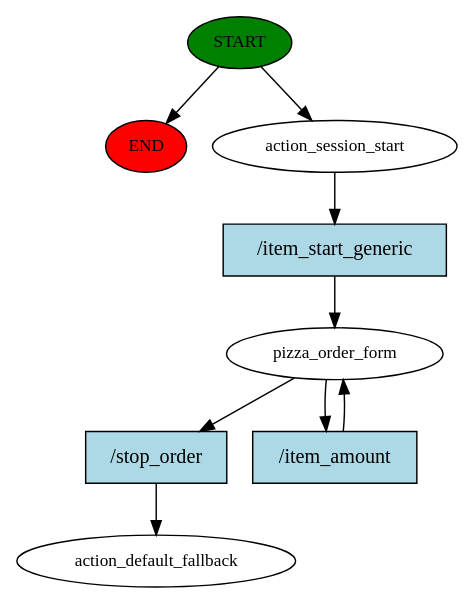
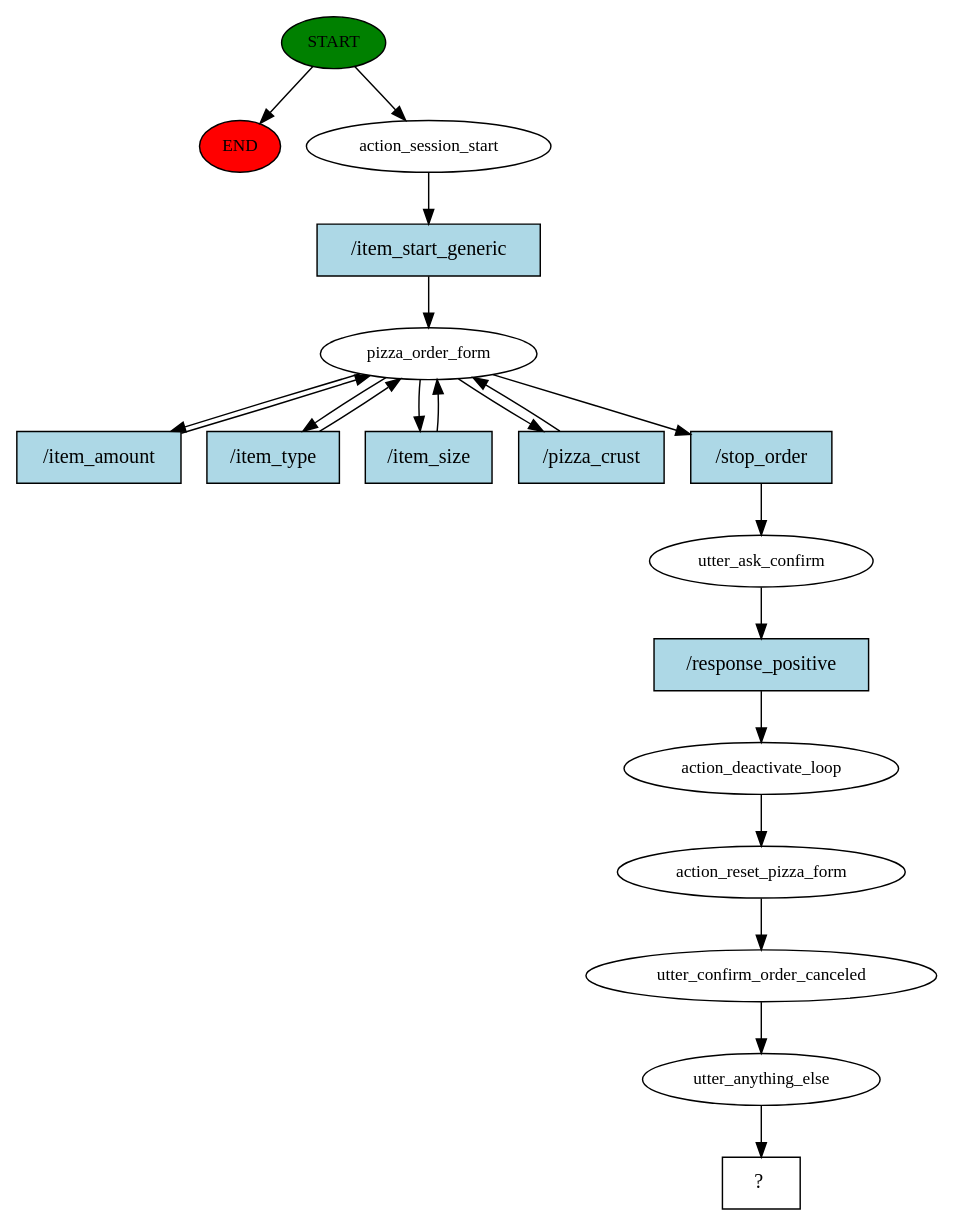
The diagram in story_graph.dot (ericsua/PizzaBot), drawn with Graphviz before and after one commit. The commit also changed 8 other files, not shown here.

Commit message:
fix stop form

```diff
--- a/story_graph.dot
+++ b/story_graph.dot
@@ -1,18 +1,39 @@
 digraph  {
 0 [class="start active", fillcolor=green, fontsize=12, label=START, style=filled];
 "-1" [class=end, fillcolor=red, fontsize=12, label=END, style=filled];
 1 [class=active, fontsize=12, label=action_session_start];
 2 [class=active, fontsize=12, label=pizza_order_form];
-4 [class="dashed active", fontsize=12, label=action_default_fallback];
-5 [class="intent active", fillcolor=lightblue, label="/item_start_generic", shape=rect, style=filled];
-6 [class="intent active", fillcolor=lightblue, label="/stop_order", shape=rect, style=filled];
-7 [class="intent active", fillcolor=lightblue, label="/item_amount", shape=rect, style=filled];
+7 [class=active, fontsize=12, label=utter_ask_confirm];
+8 [class=active, fontsize=12, label=action_deactivate_loop];
+9 [class=active, fontsize=12, label=action_reset_pizza_form];
+10 [class=active, fontsize=12, label=utter_confirm_order_canceled];
+11 [class=active, fontsize=12, label=utter_anything_else];
+12 [class="intent dashed active", label="  ?  ", shape=rect];
+13 [class="intent active", fillcolor=lightblue, label="/item_start_generic", shape=rect, style=filled];
+14 [class="intent active", fillcolor=lightblue, label="/item_amount", shape=rect, style=filled];
+15 [class="intent active", fillcolor=lightblue, label="/item_type", shape=rect, style=filled];
+16 [class="intent active", fillcolor=lightblue, label="/item_size", shape=rect, style=filled];
+17 [class="intent active", fillcolor=lightblue, label="/pizza_crust", shape=rect, style=filled];
+18 [class="intent active", fillcolor=lightblue, label="/stop_order", shape=rect, style=filled];
+19 [class="intent active", fillcolor=lightblue, label="/response_positive", shape=rect, style=filled];
 0 -> "-1"  [class="", key=NONE, label=""];
 0 -> 1  [class=active, key=NONE, label=""];
-1 -> 5  [class=active, key=0];
-2 -> 6  [class=active, key=0];
-2 -> 7  [class=active, key=0];
-5 -> 2  [class=active, key=0];
-6 -> 4  [class=active, key=0];
-7 -> 2  [class=active, key=0];
+1 -> 13  [class=active, key=0];
+2 -> 14  [class=active, key=0];
+2 -> 15  [class=active, key=0];
+2 -> 16  [class=active, key=0];
+2 -> 17  [class=active, key=0];
+2 -> 18  [class=active, key=0];
+7 -> 19  [class=active, key=0];
+8 -> 9  [class=active, key=NONE, label=""];
+9 -> 10  [class=active, key=NONE, label=""];
+10 -> 11  [class=active, key=NONE, label=""];
+11 -> 12  [class=active, key=NONE, label=""];
+13 -> 2  [class=active, key=0];
+14 -> 2  [class=active, key=0];
+15 -> 2  [class=active, key=0];
+16 -> 2  [class=active, key=0];
+17 -> 2  [class=active, key=0];
+18 -> 7  [class=active, key=0];
+19 -> 8  [class=active, key=0];
 }
```
